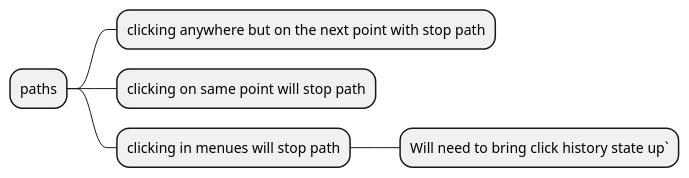
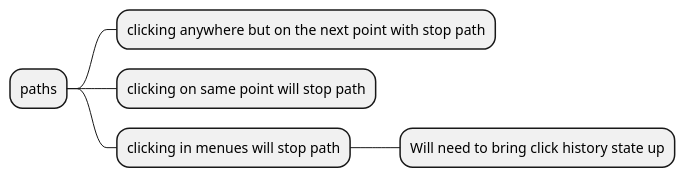
Before and after one commit to rpg-gen/rpg-gen.github.io: the diagram in todo.puml, drawn with PlantUML.

```diff
--- a/todo.puml
+++ b/todo.puml
@@ -1,9 +1,9 @@
 @startmindmap
 
 * paths
 ** clicking anywhere but on the next point with stop path
 ** clicking on same point will stop path
 ** clicking in menues will stop path
-*** Will need to bring click history state up`
+*** Will need to bring click history state up
 
 @endmindmap
```
